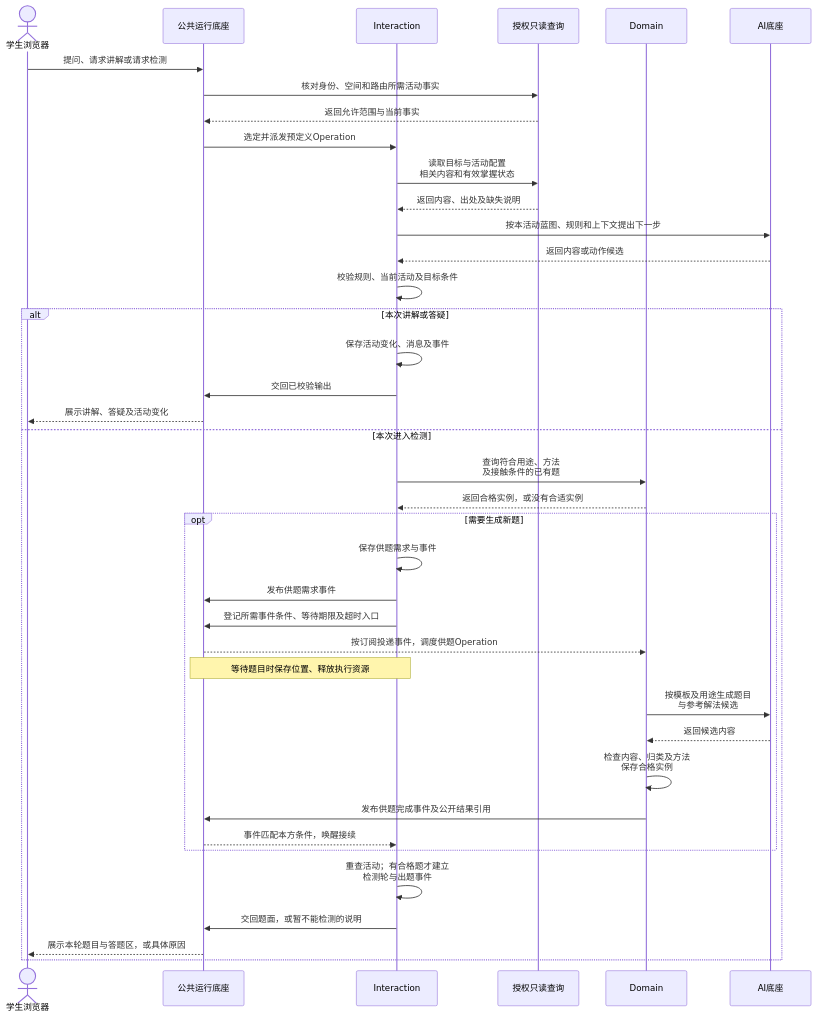
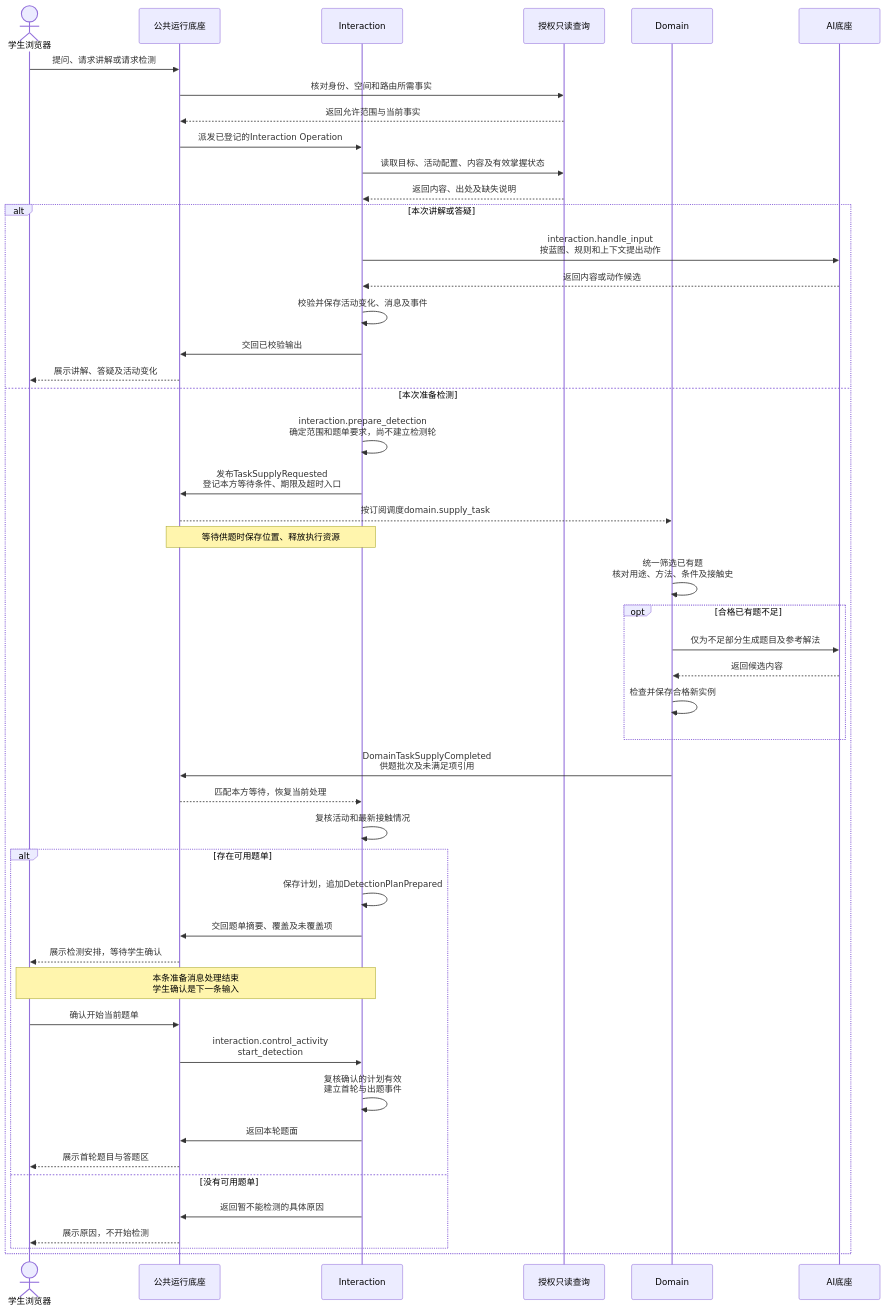
One commit to ivgotcrazy/deermind changed the sixth of 10 diagrams in doc/mvp/m1/engineering/System_Design.md. Above: the diagram before and after it, drawn with Mermaid. The commit also changed other lines of this file and 13 other files, not shown here.

````diff
--- a/doc/mvp/m1/engineering/System_Design.md
+++ b/doc/mvp/m1/engineering/System_Design.md
@@ -344,41 +361,50 @@
 ```mermaid
 sequenceDiagram
   actor S as 学生浏览器
   participant R as 公共运行底座
   participant I as Interaction
   participant Q as 授权只读查询
   participant D as Domain
   participant AI as AI底座
   S->>R: 提问、请求讲解或请求检测
-  R->>Q: 核对身份、空间和路由所需活动事实
+  R->>Q: 核对身份、空间和路由所需事实
   Q-->>R: 返回允许范围与当前事实
-  R->>I: 选定并派发预定义Operation
-  I->>Q: 读取目标与活动配置<br/>相关内容和有效掌握状态
+  R->>I: 派发已登记的Interaction Operation
+  I->>Q: 读取目标、活动配置、内容及有效掌握状态
   Q-->>I: 返回内容、出处及缺失说明
-  I->>AI: 按本活动蓝图、规则和上下文提出下一步
-  AI-->>I: 返回内容或动作候选
-  I->>I: 校验规则、当前活动及目标条件
   alt 本次讲解或答疑
-    I->>I: 保存活动变化、消息及事件
+    I->>AI: interaction.handle_input<br/>按蓝图、规则和上下文提出动作
+    AI-->>I: 返回内容或动作候选
+    I->>I: 校验并保存活动变化、消息及事件
     I->>R: 交回已校验输出
     R-->>S: 展示讲解、答疑及活动变化
-  else 本次进入检测
-    I->>D: 查询符合用途、方法<br/>及接触条件的已有题
-    D-->>I: 返回合格实例，或没有合适实例
-    opt 需要生成新题
-      I->>I: 保存供题需求与事件
-      I->>R: 发布供题需求事件
-      I->>R: 登记所需事件条件、等待期限及超时入口
-      R-->>D: 按订阅投递事件，调度供题Operation
-      Note over I,R: 等待题目时保存位置、释放执行资源
-      D->>AI: 按模板及用途生成题目<br/>与参考解法候选
+  else 本次准备检测
+    I->>I: interaction.prepare_detection<br/>确定范围和题单要求，尚不建立检测轮
+    I->>R: 发布TaskSupplyRequested<br/>登记本方等待条件、期限及超时入口
+    R-->>D: 按订阅调度domain.supply_task
+    Note over I,R: 等待供题时保存位置、释放执行资源
+    D->>D: 统一筛选已有题<br/>核对用途、方法、条件及接触史
+    opt 合格已有题不足
+      D->>AI: 仅为不足部分生成题目及参考解法
       AI-->>D: 返回候选内容
-      D->>D: 检查内容、归类及方法<br/>保存合格实例
-      D->>R: 发布供题完成事件及公开结果引用
-      R-->>I: 事件匹配本方条件，唤醒接续
+      D->>D: 检查并保存合格新实例
     end
-    I->>I: 重查活动；有合格题才建立<br/>检测轮与出题事件
-    I->>R: 交回题面，或暂不能检测的说明
-    R-->>S: 展示本轮题目与答题区，或具体原因
+    D->>R: DomainTaskSupplyCompleted<br/>供题批次及未满足项引用
+    R-->>I: 匹配本方等待，恢复当前处理
+    I->>I: 复核活动和最新接触情况
+    alt 存在可用题单
+      I->>I: 保存计划，追加DetectionPlanPrepared
+      I->>R: 交回题单摘要、覆盖及未覆盖项
+      R-->>S: 展示检测安排，等待学生确认
+      Note over S,I: 本条准备消息处理结束<br/>学生确认是下一条输入
+      S->>R: 确认开始当前题单
+      R->>I: interaction.control_activity<br/>start_detection
+      I->>I: 复核确认的计划有效<br/>建立首轮与出题事件
+      I->>R: 返回本轮题面
+      R-->>S: 展示首轮题目与答题区
+    else 没有可用题单
+      I->>R: 返回暂不能检测的具体原因
+      R-->>S: 展示原因，不开始检测
+    end
   end
 ```
````
